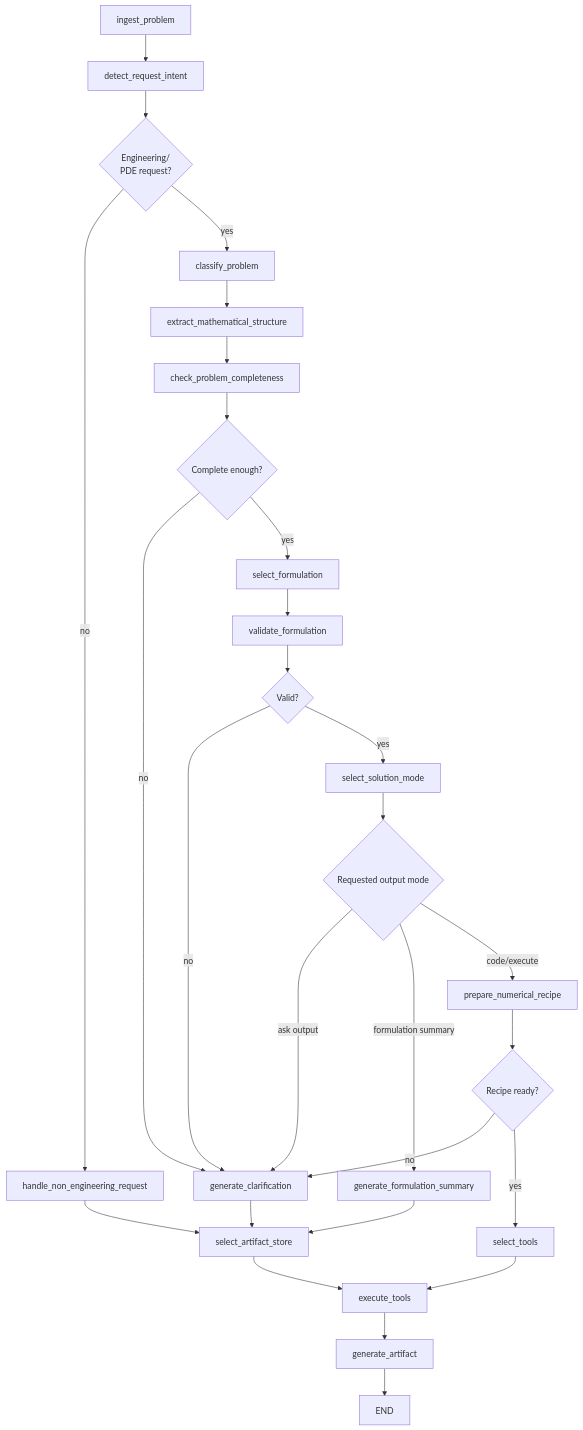
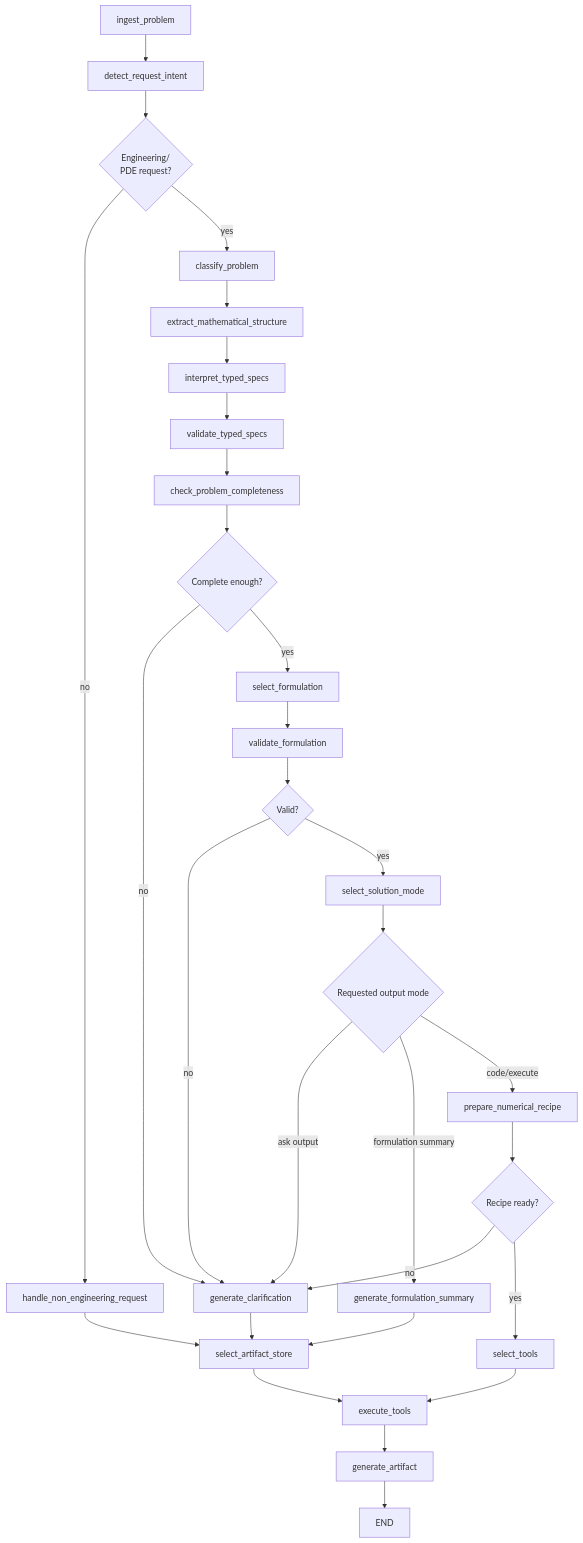
Before and after one commit to RadmirG/AES: the third of 10 diagrams in langgraph/architecture.md, drawn with Mermaid. The commit also changed other lines of this file and 60 other files, not shown here.

````diff
--- a/langgraph/architecture.md
+++ b/langgraph/architecture.md
@@ -94,30 +94,32 @@
 ```mermaid
 flowchart TD
     A["ingest_problem"] --> B["detect_request_intent"]
     B --> C{"Engineering/ \n PDE request?"}
     C -->|no| D["handle_non_engineering_request"]
     C -->|yes| E["classify_problem"]
     E --> F["extract_mathematical_structure"]
-    F --> G["check_problem_completeness"]
+    F --> FS["interpret_typed_specs"]
+    FS --> VS["validate_typed_specs"]
+    VS --> G["check_problem_completeness"]
     G --> H{"Complete enough?"}
     H -->|no| I["generate_clarification"]
     H -->|yes| J["select_formulation"]
     J --> K["validate_formulation"]
     K --> L{"Valid?"}
     L -->|no| I
     L -->|yes| M["select_solution_mode"]
     M --> N{"Requested output mode"}
     N -->|ask output| I
     N -->|formulation summary| O["generate_formulation_summary"]
     N -->|code/execute| P["prepare_numerical_recipe"]
     P --> Q{"Recipe ready?"}
     Q -->|no| I
     Q -->|yes| R["select_tools"]
     R --> S["execute_tools"]
     D --> T["select_artifact_store"]
     I --> T
     O --> T
     T --> S
     S --> U["generate_artifact"]
     U --> V["END"]
 ```
````
